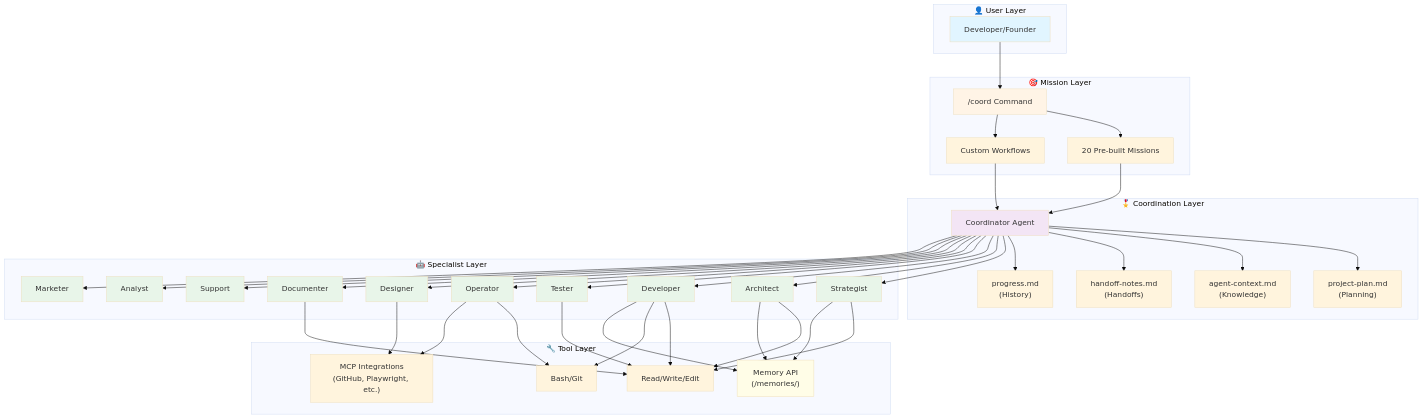
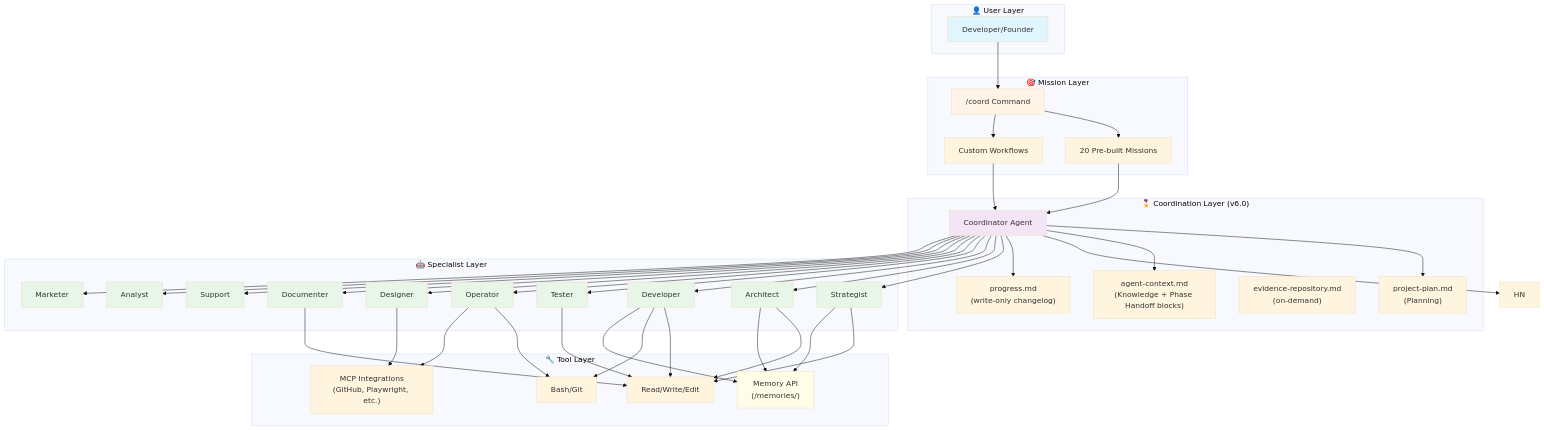
Before and after one commit to TheWayWithin/agent-11: the first of 4 diagrams in README.md, drawn with Mermaid (base theme). The commit also changed other lines of this file and 5 other files, not shown here.

```diff
--- a/README.md
+++ b/README.md
@@ -539,12 +559,12 @@
         M2["Custom Workflows"]
     end
 
-    subgraph Coord["🎖️ Coordination Layer"]
+    subgraph Coord["🎖️ Coordination Layer (v6.0)"]
         C[Coordinator Agent]
         PP["project-plan.md<br/>(Planning)"]
-        AC["agent-context.md<br/>(Knowledge)"]
-        HN["handoff-notes.md<br/>(Handoffs)"]
-        PR["progress.md<br/>(History)"]
+        AC["agent-context.md<br/>(Knowledge + Phase Handoff blocks)"]
+        ER["evidence-repository.md<br/>(on-demand)"]
+        PR["progress.md<br/>(write-only changelog)"]
     end
 
     subgraph Agents["🤖 Specialist Layer"]
```
